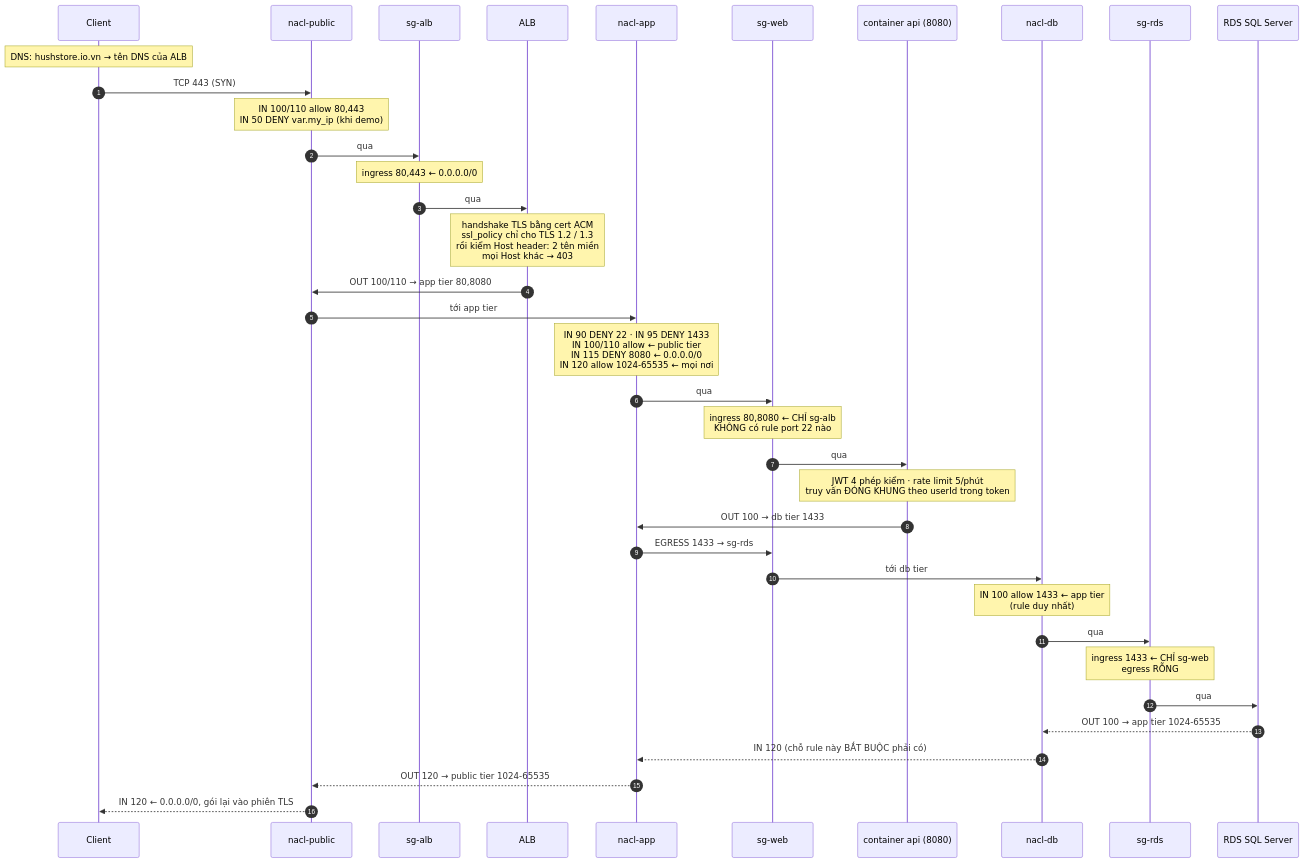
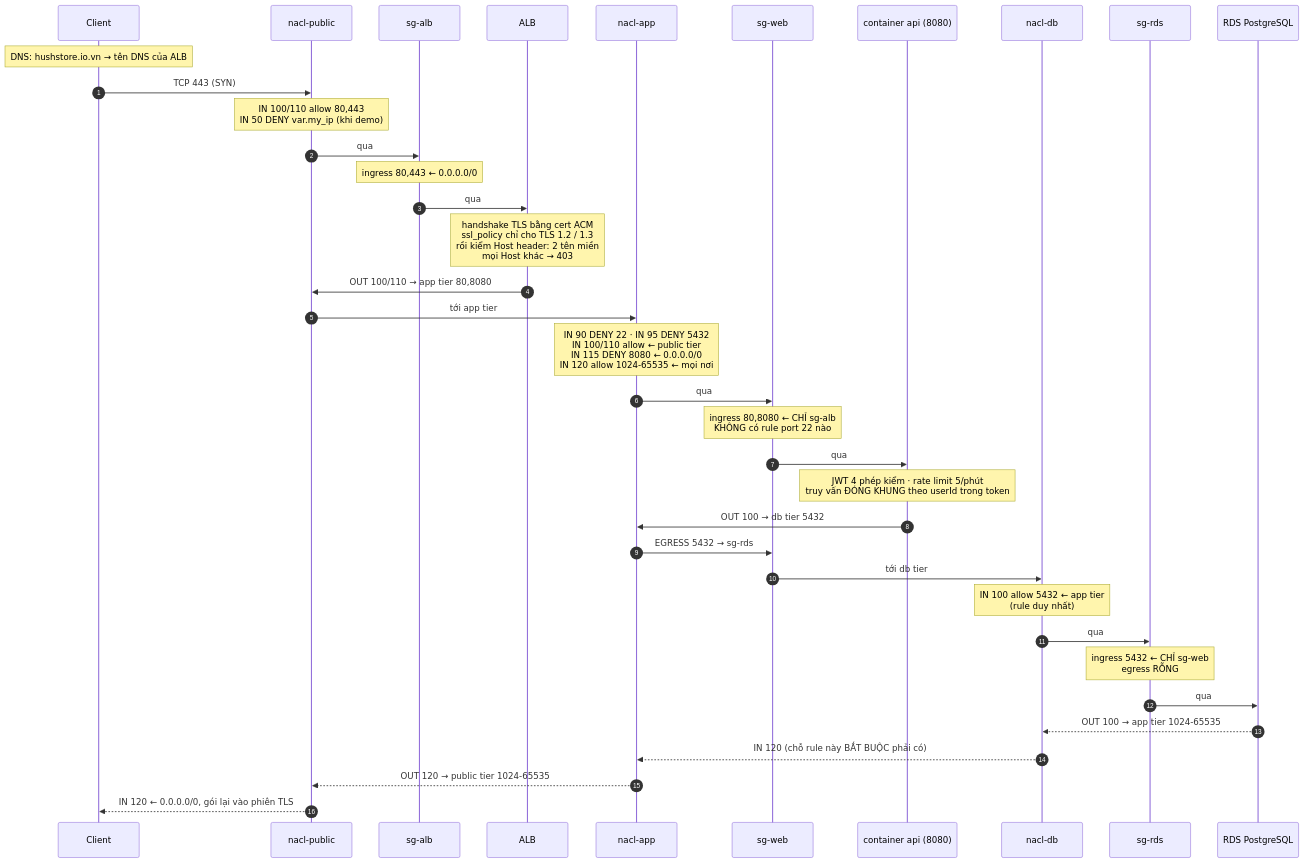
Before and after one commit to Elmira-Athena/PBL3: the second of 2 diagrams in docs/bao-mat-he-thong.md, drawn with Mermaid. The commit also changed other lines of this file, not shown here.

````diff
--- a/docs/bao-mat-he-thong.md
+++ b/docs/bao-mat-he-thong.md
@@ -146,41 +152,41 @@
 ```mermaid
 sequenceDiagram
     autonumber
     participant C as Client
     participant NP as nacl-public
     participant SA as sg-alb
     participant LB as ALB
     participant NA as nacl-app
     participant SW as sg-web
     participant AP as container api (8080)
     participant ND as nacl-db
     participant SR as sg-rds
-    participant DB as RDS SQL Server
+    participant DB as RDS PostgreSQL
 
     Note over C: DNS: hushstore.io.vn → tên DNS của ALB
     C->>NP: TCP 443 (SYN)
     Note over NP: IN 100/110 allow 80,443<br/>IN 50 DENY var.my_ip (khi demo)
     NP->>SA: qua
     Note over SA: ingress 80,443 ← 0.0.0.0/0
     SA->>LB: qua
     Note over LB: handshake TLS bằng cert ACM<br/>ssl_policy chỉ cho TLS 1.2 / 1.3<br/>rồi kiểm Host header: 2 tên miền<br/>mọi Host khác → 403
     LB->>NP: OUT 100/110 → app tier 80,8080
     NP->>NA: tới app tier
-    Note over NA: IN 90 DENY 22 · IN 95 DENY 1433<br/>IN 100/110 allow ← public tier<br/>IN 115 DENY 8080 ← 0.0.0.0/0<br/>IN 120 allow 1024-65535 ← mọi nơi
+    Note over NA: IN 90 DENY 22 · IN 95 DENY 5432<br/>IN 100/110 allow ← public tier<br/>IN 115 DENY 8080 ← 0.0.0.0/0<br/>IN 120 allow 1024-65535 ← mọi nơi
     NA->>SW: qua
     Note over SW: ingress 80,8080 ← CHỈ sg-alb<br/>KHÔNG có rule port 22 nào
     SW->>AP: qua
     Note over AP: JWT 4 phép kiểm · rate limit 5/phút<br/>truy vấn ĐÓNG KHUNG theo userId trong token
-    AP->>NA: OUT 100 → db tier 1433
-    NA->>SW: EGRESS 1433 → sg-rds
+    AP->>NA: OUT 100 → db tier 5432
+    NA->>SW: EGRESS 5432 → sg-rds
     SW->>ND: tới db tier
-    Note over ND: IN 100 allow 1433 ← app tier<br/>(rule duy nhất)
+    Note over ND: IN 100 allow 5432 ← app tier<br/>(rule duy nhất)
     ND->>SR: qua
-    Note over SR: ingress 1433 ← CHỈ sg-web<br/>egress RỖNG
+    Note over SR: ingress 5432 ← CHỈ sg-web<br/>egress RỖNG
     SR->>DB: qua
 
     DB-->>ND: OUT 100 → app tier 1024-65535
     ND-->>NA: IN 120 (chỗ rule này BẮT BUỘC phải có)
     NA-->>NP: OUT 120 → public tier 1024-65535
     NP-->>C: IN 120 ← 0.0.0.0/0, gói lại vào phiên TLS
 ```
````
